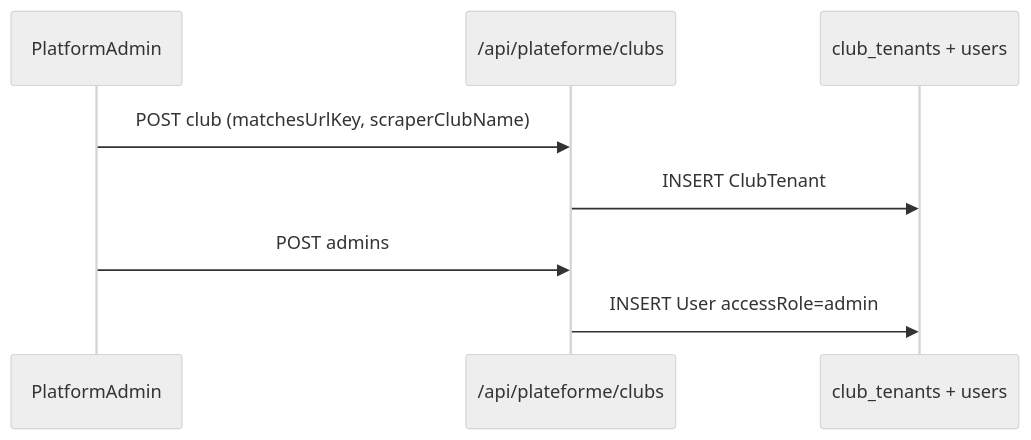
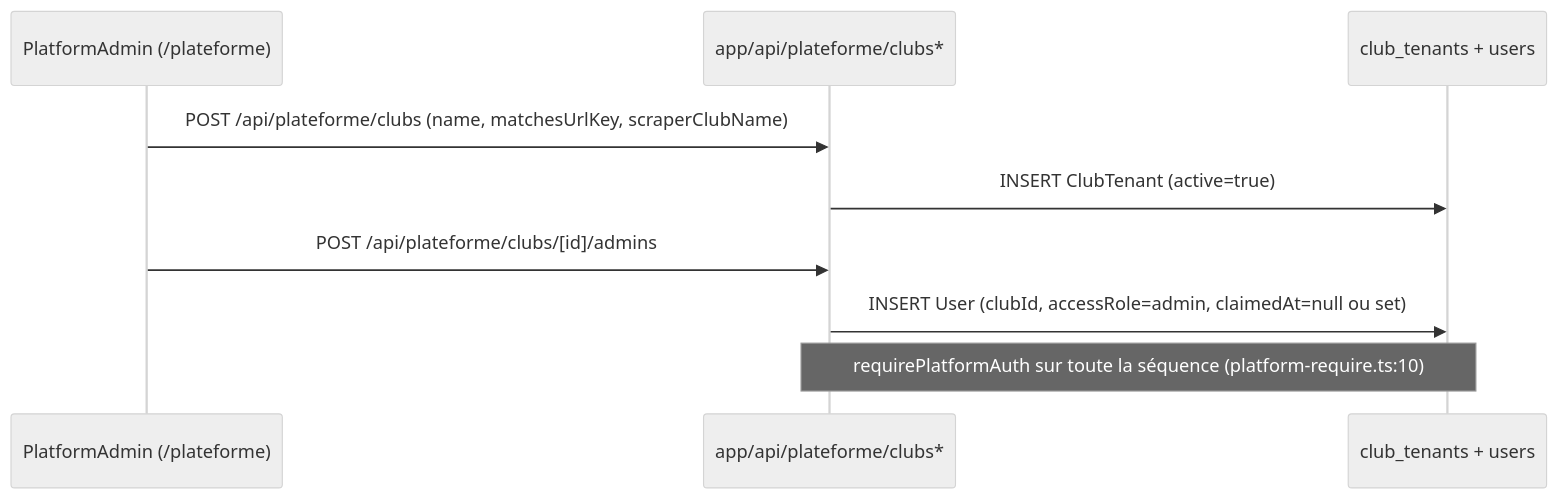
Before and after one commit to brahmiamine/afp-planning: the third of 7 diagrams in audits/00-global-cartography.md, drawn with Mermaid (neutral theme). The commit also changed other lines of this file, not shown here.

````diff
--- a/audits/00-global-cartography.md
+++ b/audits/00-global-cartography.md
@@ -261,11 +497,12 @@
 ```mermaid
 sequenceDiagram
-  participant SA as PlatformAdmin
-  participant API as /api/plateforme/clubs
+  participant SA as PlatformAdmin (/plateforme)
+  participant API as app/api/plateforme/clubs*
   participant DB as club_tenants + users
 
-  SA->>API: POST club (matchesUrlKey, scraperClubName)
-  API->>DB: INSERT ClubTenant
-  SA->>API: POST admins
-  API->>DB: INSERT User accessRole=admin
+  SA->>API: POST /api/plateforme/clubs (name, matchesUrlKey, scraperClubName)
+  API->>DB: INSERT ClubTenant (active=true)
+  SA->>API: POST /api/plateforme/clubs/[id]/admins
+  API->>DB: INSERT User (clubId, accessRole=admin, claimedAt=null ou set)
+  Note over API,DB: requirePlatformAuth sur toute la séquence (platform-require.ts:10)
 ```
````
